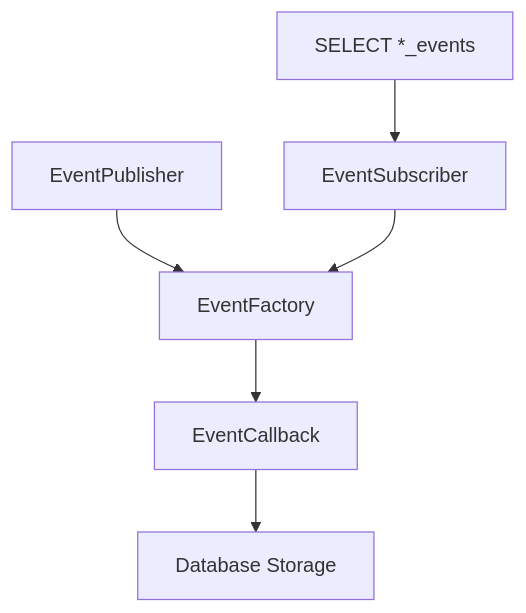
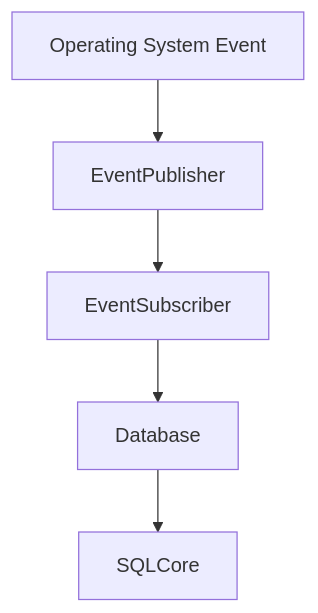
One commit to flamingo-stack/osquery changed the fourth of 8 diagrams in docs/reference/architecture/README.md. Above: the diagram before and after it, drawn with Mermaid. The commit also changed other lines of this file and 388 other files, not shown here.

````diff
--- a/docs/reference/architecture/README.md
+++ b/docs/reference/architecture/README.md
@@ -152,8 +143,7 @@
 ```mermaid
 flowchart TD
-    Publisher["EventPublisher"] --> EventFactory["EventFactory"]
-    Subscriber["EventSubscriber"] --> EventFactory
-    EventFactory --> Callback["EventCallback"]
-    Callback --> Storage["Database Storage"]
-    SQL["SELECT *_events"] --> Subscriber
+    OS["Operating System Event"] --> Publisher["EventPublisher"]
+    Publisher --> Subscriber["EventSubscriber"]
+    Subscriber --> Database
+    Database --> SQLCore
 ```
````
